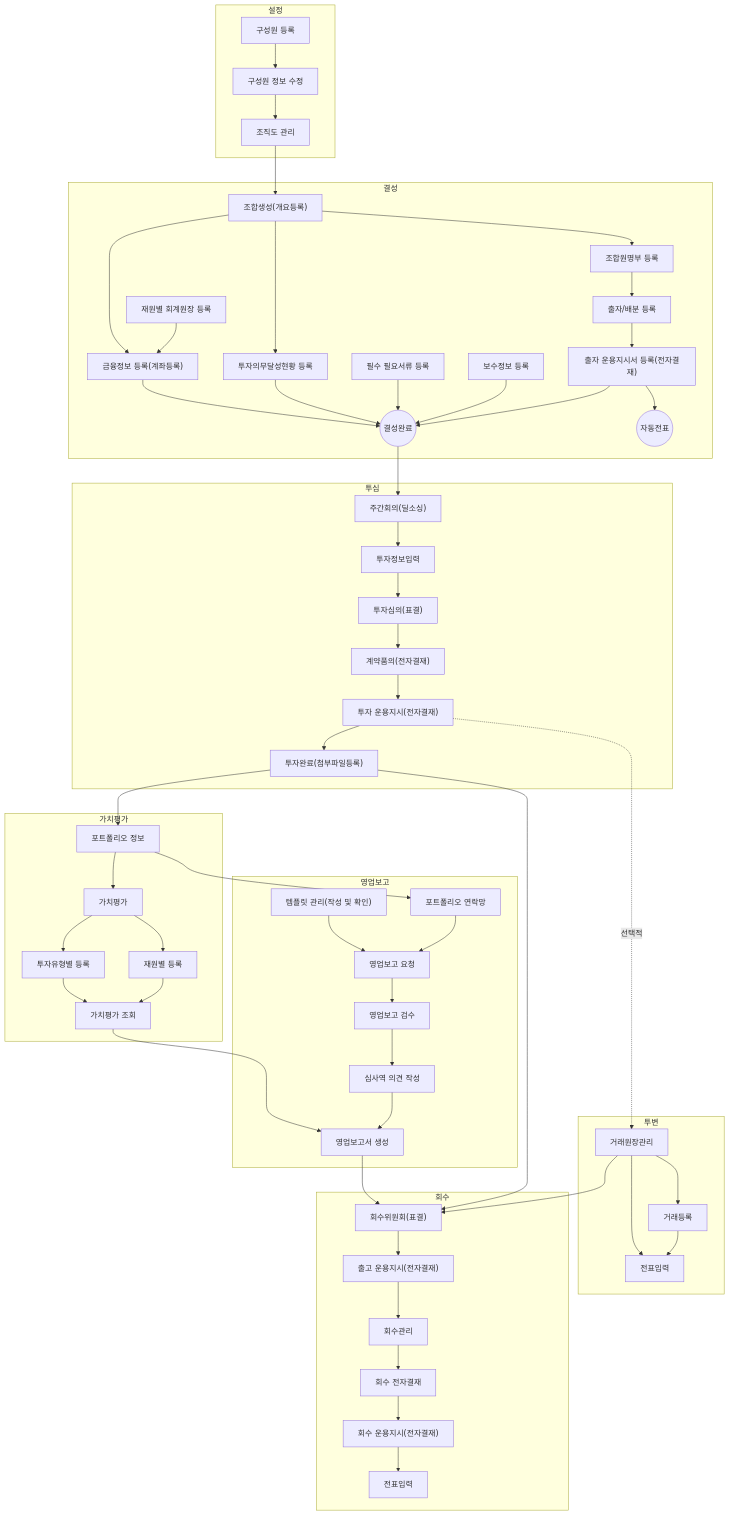
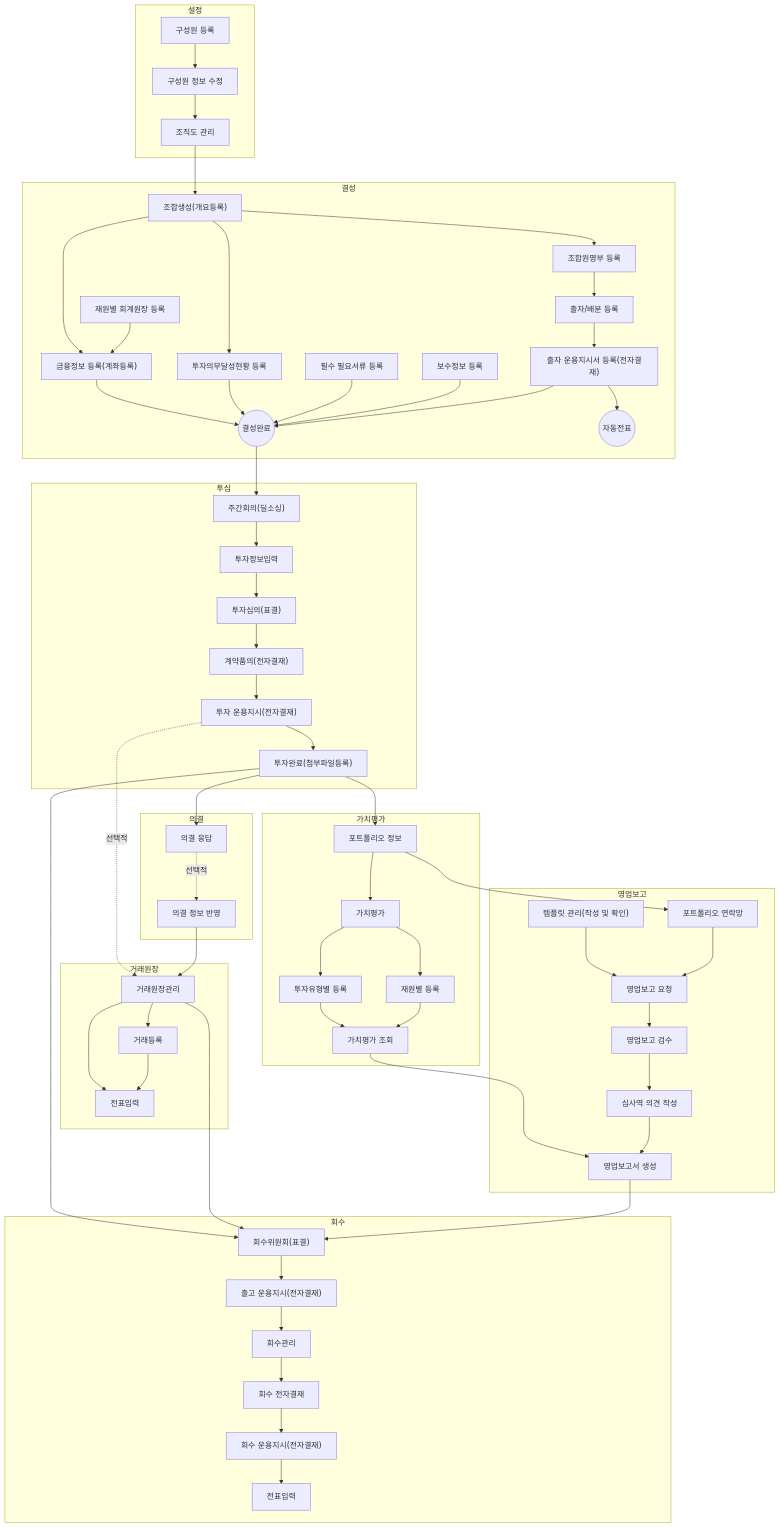
One commit to cotes2020/jekyll-theme-chirpy changed the diagram in _tabs/core.md. Above: the diagram before and after it, drawn with Mermaid. The commit also changed 2 other files, not shown here.

Commit message:
의결 메뉴얼 작성
- sa0002 메뉴얼 작성
- 머메이드 차트 수정

````diff
--- a/_tabs/core.md
+++ b/_tabs/core.md
@@ -11,19 +11,12 @@
 ```mermaid
 flowchart TD
-
-    subgraph 설정["설정"]
+ subgraph s1["설정"]
         hr0001["구성원 등록"]
         hr0002["구성원 정보 수정"]
         hr0007["조직도 관리"]
-
-        hr0001 --> hr0002
-        hr0002 --> hr0007    
-    end
-    hr0007 --> fd0001
-
-    subgraph 결성["결성"]
+  end
+ subgraph s2["결성"]
         fd0001["조합생성(개요등록)"]
-        %% fd0009["조합개요등록"]
         fd0010["투자의무달성현황 등록"]
         fd0011["조합원명부 등록"]
         fm0010["재원별 회계원장 등록"]
@@ -31,160 +24,128 @@
         fd0013["필수 필요서류 등록"]
         fd0012["보수정보 등록"]
         fd0000(("결성완료"))
-
-        
-        %% fd0001 --> fd0001
-        fd0001 --> fd0010
-        fd0001 --> fd0011 
-        fd0001 --> fd0009a 
-        fm0010 --> fd0009a
-
-
-        fd0009a-->fd0000
-        fd0010-->fd0000
-        fd0013-->fd0000
-        fd0012-->fd0000
-
         fd0006["출자/배분 등록"]
         oi0002["출자 운용지시서 등록(전자결재)"]
         fm0001a(("자동전표"))
-
-        %% fd0000 --> fd0006
-        fd0011 --> fd0006
-        fd0006 --> oi0002 
-        oi0002 --> fm0001a
-        oi0002 --> fd0000
-
-    end
-
-    subgraph 투자심의["투심"]
+  end
+ subgraph s3["투심"]
         wr0003["주간회의(딜소싱)"]
         vs0003["투자정보입력"]
         vs0006["투자심의(표결)"]
         ed0001a["계약품의(전자결재)"]
         oi0003["투자 운용지시(전자결재)"]
         vs0009["투자완료(첨부파일등록)"]
-
-        
-        fd0000 --> wr0003
-        wr0003 --> vs0003
-        vs0003 --> vs0006
-        vs0006 --> ed0001a
-        ed0001a --> oi0003
-        oi0003 --> vs0009
-
-    end
-
-    subgraph 가치평가["가치평가"]
+  end
+ subgraph s4["가치평가"]
         pm0100["포트폴리오 정보"]
         pm0300["가치평가"]
         pm0301["투자유형별 등록"]
         pm0302["재원별 등록"]
         pm0303["가치평가 조회"]
-        
-        vs0009 --> pm0100
-        pm0100 --> pm0300
-        pm0300 --> pm0301
-        pm0300 --> pm0302
-        pm0301 --> pm0303
-        pm0302 --> pm0303       
-    end
-
-    subgraph 영업보고["영업보고"]
-        pm0100["포트폴리오 정보"]
+  end
+ subgraph s5["영업보고"]
         br0001["템플릿 관리(작성 및 확인)"]
         br0012["포트폴리오 연락망"]
         br0004["영업보고 요청"]
         br0007["영업보고 검수"]
         br0009["심사역 의견 작성"]
         br0011["영업보고서 생성"]
-
-        pm0303 --> br0011
-        pm0100 --> br0012
-        br0001 --> br0004
-        br0012 --> br0004
-        br0004 --> br0007
-        br0007 --> br0009
-        br0009 --> br0011
-
-    end
-
-
-    subgraph 투자변동관리["투변"]
+  end
+ subgraph s6["거래원장"]
         pm0001["거래원장관리"]
         pm0004["거래등록"]
         fm0002["전표입력"]
-
-        oi0003 -.->|선택적| pm0001
-        pm0001 --> fm0002
-        pm0001 --> pm0004
-        pm0004 --> fm0002
-    end
-
-    subgraph 회수관리["회수"]
+  end
+ subgraph s7["회수"]
         ex0001["회수위원회(표결)"]
         oi0001["출고 운용지시(전자결재)"]
         ex0007["회수관리"]
         ex0009["회수 전자결재"]
         ex0009a["회수 운용지시(전자결재)"]
         fm0002a["전표입력"]
+  end
+ subgraph s8["의결"]
+        sa0002["의결 응답"]
+        sa0003["의결 정보 반영"]
+  end
+    hr0001 --> hr0002
+    hr0002 --> hr0007
+    hr0007 --> fd0001
+    fd0001 --> fd0010 & fd0011 & fd0009a
+    fm0010 --> fd0009a
+    fd0009a --> fd0000
+    fd0010 --> fd0000
+    fd0013 --> fd0000
+    fd0012 --> fd0000
+    fd0011 --> fd0006
+    fd0006 --> oi0002
+    oi0002 --> fm0001a & fd0000
+    fd0000 --> wr0003
+    wr0003 --> vs0003
+    vs0003 --> vs0006
+    vs0006 --> ed0001a
+    ed0001a --> oi0003
+    oi0003 --> vs0009
+    vs0009 --> pm0100 & ex0001 & sa0002
+    pm0100 --> pm0300 & br0012
+    pm0300 --> pm0301 & pm0302
+    pm0301 --> pm0303
+    pm0302 --> pm0303
+    pm0303 --> br0011
+    br0001 --> br0004
+    br0012 --> br0004
+    br0004 --> br0007
+    br0007 --> br0009
+    br0009 --> br0011
+    oi0003 -. 선택적 .-> pm0001
+    pm0001 --> fm0002 & pm0004 & ex0001
+    pm0004 --> fm0002
+    br0011 --> ex0001
+    ex0001 --> oi0001
+    oi0001 --> ex0007
+    ex0007 --> ex0009
+    ex0009 --> ex0009a
+    ex0009a --> fm0002a
+    sa0002 -. 선택적 .-> sa0003
+    sa0003 --> pm0001
 
-
-        br0011 --> ex0001
-        pm0001 --> ex0001
-        ex0001 --> oi0001
-        oi0001 --> ex0007
-        ex0007 --> ex0009
-        ex0009 --> ex0009a
-        ex0009a --> fm0002a
-        vs0009 --> ex0001
-
-
-    end
-
-    %% 셋팅 --> 결성
-    
-click hr0001 "{% post_url 2024-07-02-hr0001 %}" " "
-click hr0002 "{% post_url 2024-07-02-hr0002 %}" " "
-click hr0007 "{% post_url 2024-07-02-hr0007 %}" " "
-click se0005 "{% post_url 2024-07-02-se0005 %}" " "
-click se0003 "{% post_url 2024-07-03-se0003 %}" " "
-click fd0001 "{% post_url 2024-07-04-fd0001 %}" " "
-click fd0010 "{% post_url 2024-07-04-fd0010 %}" " "
-click fd0011 "{% post_url 2024-07-04-fd0011 %}" " "
-click fm0010 "{% post_url 2024-07-04-fm0010 %}" " "
-click fd0009a "{% post_url 2024-07-05-fd0009a %}" " "
-click fd0013 "{% post_url 2024-07-05-fd0013 %}" " "
-click fd0012 "{% post_url 2024-07-06-fd0012 %}" " "
-click fd0006 "{% post_url 2024-07-07-fd0006 %}" " "
-click oi0002 "{% post_url 2024-07-07-oi0002 %}" " "
-click wr0003 "{% post_url 2024-07-09-wr0003 %}" " "
-click vs0003 "{% post_url 2024-07-10-vs0003 %}" " "
-click vs0006 "{% post_url 2024-07-11-vs0006 %}" " "
-click ed0001a "{% post_url 2024-07-12-ed0001a %}" " "
-click oi0003 "{% post_url 2024-07-13-oi0003 %}" " "
-click vs0009 "{% post_url 2024-07-14-vs0009 %}" " "
-click pm0001 "{% post_url 2024-07-15-pm0001 %}" " "
-click pm0004 "{% post_url 2024-07-16-pm0004 %}" " "
-click fm0002 "{% post_url 2024-07-17-fm0002 %}" " "
-click ex0001 "{% post_url 2024-07-18-ex0001 %}" " "
-click oi0001 "{% post_url 2024-07-19-oi0001 %}" " "
-click ex0007 "{% post_url 2024-07-20-ex0007 %}" " "
-click ex0009 "{% post_url 2024-07-21-ex0009 %}" " "
-click ex0009a "{% post_url 2024-07-22-ex0009a %}" " "
-click fm0002a "{% post_url 2024-07-23-fm0002a %}" " "
-click br0012 "{% post_url 2024-08-22-br0012 %}" " "
-click br0001 "{% post_url 2024-08-23-br0001 %}" " "
-click br0004 "{% post_url 2024-08-24-br0004 %}" " "
-click br0007 "{% post_url 2024-08-25-br0007 %}" " "
-click br0009 "{% post_url 2024-08-26-br0009 %}" " "
-click br0011 "{% post_url 2024-08-27-br0011 %}" " "
-click pm0300 "{% post_url 2024-09-01-pm0300 %}" " "
-click pm0301 "{% post_url 2024-09-02-pm0301 %}" " "
-click pm0302 "{% post_url 2024-09-03-pm0302 %}" " "
-click pm0303 "{% post_url 2024-09-04-pm0303 %}" " "
-
-%%style fd0001 fill:#e6ffe6,stroke:#66cc66,stroke-width:2px,rx:10,ry:10,color:#333333,fontColor:#333333
-
+    click hr0001 "{% post_url 2024-07-02-hr0001 %}"
+    click hr0002 "{% post_url 2024-07-02-hr0002 %}"
+    click hr0007 "{% post_url 2024-07-02-hr0007 %}"
+    click fd0001 "{% post_url 2024-07-04-fd0001 %}"
+    click fd0010 "{% post_url 2024-07-04-fd0010 %}"
+    click fd0011 "{% post_url 2024-07-04-fd0011 %}"
+    click fm0010 "{% post_url 2024-07-04-fm0010 %}"
+    click fd0009a "{% post_url 2024-07-05-fd0009a %}"
+    click fd0013 "{% post_url 2024-07-05-fd0013 %}"
+    click fd0012 "{% post_url 2024-07-06-fd0012 %}"
+    click fd0006 "{% post_url 2024-07-07-fd0006 %}"
+    click oi0002 "{% post_url 2024-07-07-oi0002 %}"
+    click wr0003 "{% post_url 2024-07-09-wr0003 %}"
+    click vs0003 "{% post_url 2024-07-10-vs0003 %}"
+    click vs0006 "{% post_url 2024-07-11-vs0006 %}"
+    click ed0001a "{% post_url 2024-07-12-ed0001a %}"
+    click oi0003 "{% post_url 2024-07-13-oi0003 %}"
+    click vs0009 "{% post_url 2024-07-14-vs0009 %}"
+    click pm0300 "{% post_url 2024-09-01-pm0300 %}"
+    click pm0301 "{% post_url 2024-09-02-pm0301 %}"
+    click pm0302 "{% post_url 2024-09-03-pm0302 %}"
+    click pm0303 "{% post_url 2024-09-04-pm0303 %}"
+    click br0001 "{% post_url 2024-08-23-br0001 %}"
+    click br0012 "{% post_url 2024-08-22-br0012 %}"
+    click br0004 "{% post_url 2024-08-24-br0004 %}"
+    click br0007 "{% post_url 2024-08-25-br0007 %}"
+    click br0009 "{% post_url 2024-08-26-br0009 %}"
+    click br0011 "{% post_url 2024-08-27-br0011 %}"
+    click pm0001 "{% post_url 2024-07-15-pm0001 %}"
+    click pm0004 "{% post_url 2024-07-16-pm0004 %}"
+    click fm0002 "{% post_url 2024-07-17-fm0002 %}"
+    click ex0001 "{% post_url 2024-07-18-ex0001 %}"
+    click oi0001 "{% post_url 2024-07-19-oi0001 %}"
+    click ex0007 "{% post_url 2024-07-20-ex0007 %}"
+    click ex0009 "{% post_url 2024-07-21-ex0009 %}"
+    click ex0009a "{% post_url 2024-07-22-ex0009a %}"
+    click fm0002a "{% post_url 2024-07-23-fm0002a %}"
+    click sa0002 "{% post_url 2024-09-05-sa0002 %}"
 
 ```
````
